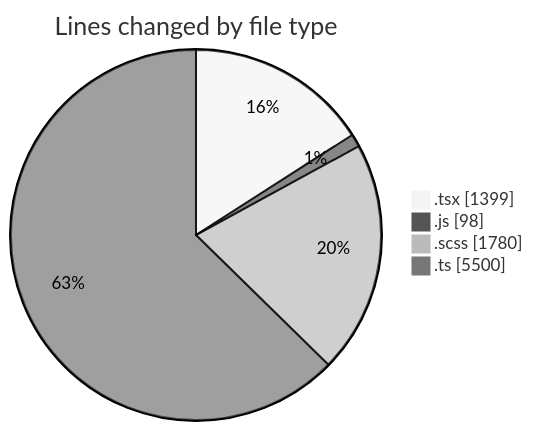
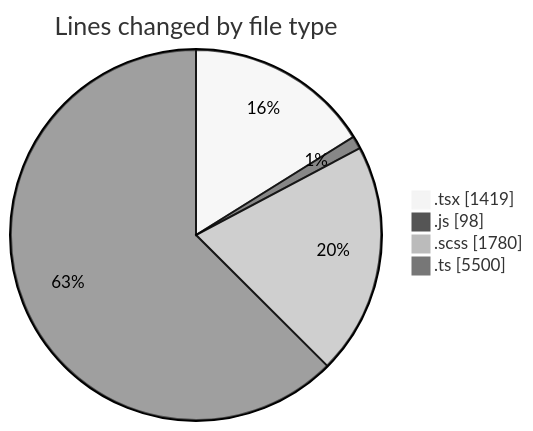
One commit to momahboobian/code-tracking changed the first of 2 diagrams in 2025-03-31/cda/README.md. Above: the diagram before and after it, drawn with Mermaid (neutral theme). The commit also changed other lines of this file and 1 other file, not shown here.

````diff
--- a/2025-03-31/cda/README.md
+++ b/2025-03-31/cda/README.md
@@ -39,8 +39,8 @@
 ```mermaid
 pie showData
 title Lines changed by file type
-".tsx" : 1399
+".tsx" : 1419
 ".js" : 98
 ".scss" : 1780
 ".ts" : 5500
 ```
````
